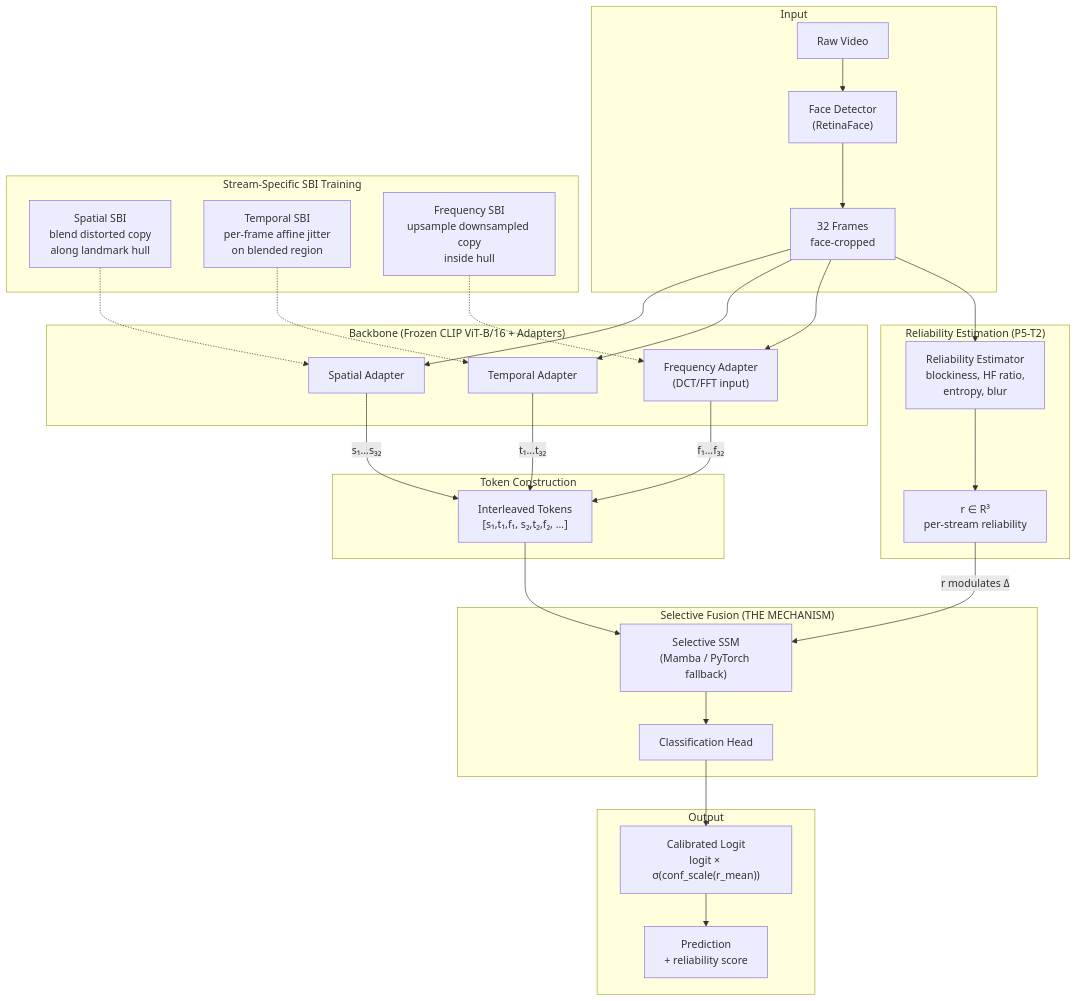
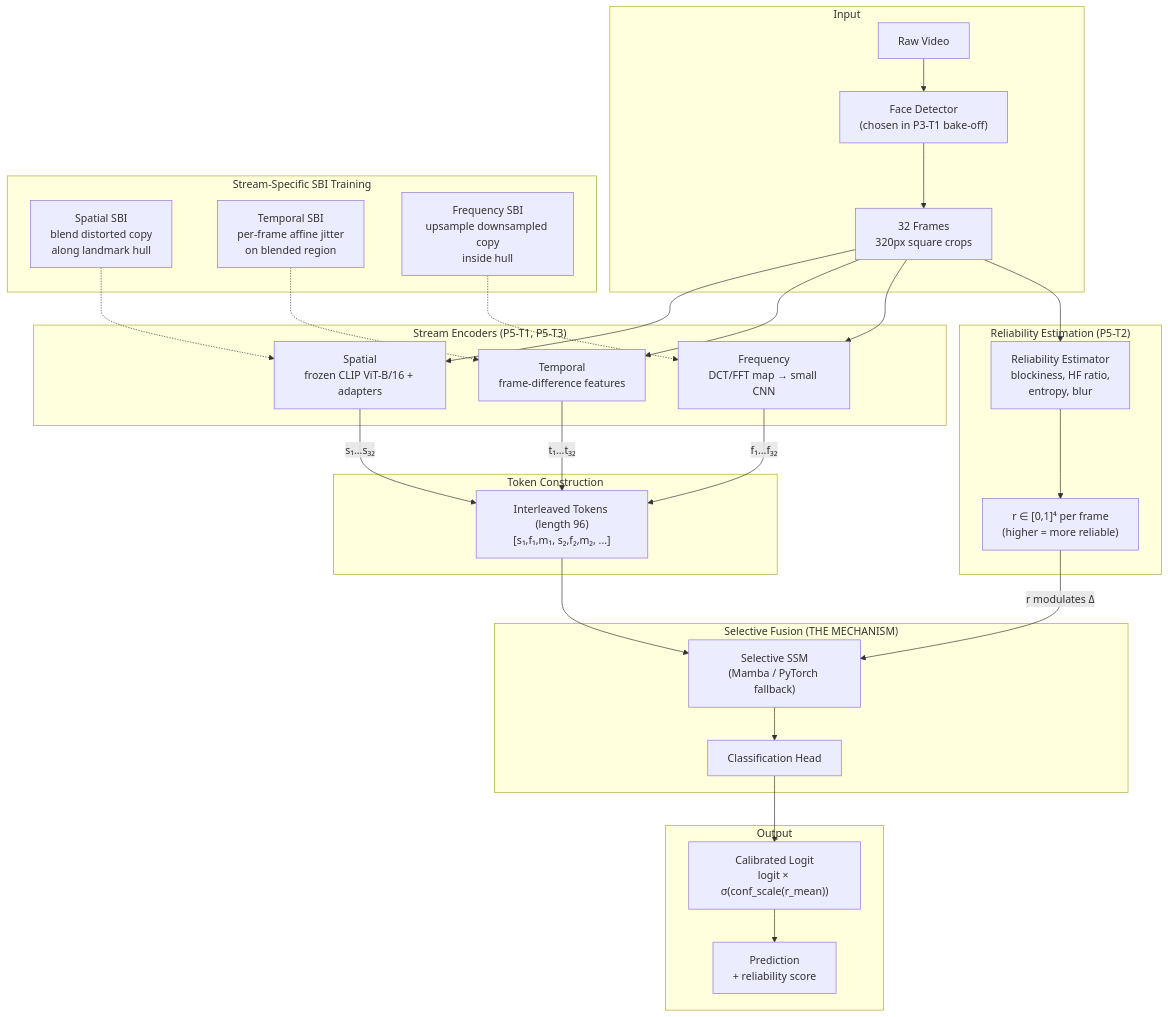
The second of 5 diagrams in docs/ARCHITECTURE.md (Lokeshm25/DeepFake_Detection_SIC), drawn with Mermaid before and after one commit. The commit also changed other lines of this file and 19 other files, not shown here.

````diff
--- a/docs/ARCHITECTURE.md
+++ b/docs/ARCHITECTURE.md
@@ -50,41 +51,41 @@
 ```mermaid
 flowchart TB
     subgraph Input
-        V[Raw Video] --> FD["Face Detector<br/>(RetinaFace)"]
-        FD --> FRAMES["32 Frames<br/>face-cropped"]
+        V[Raw Video] --> FD["Face Detector<br/>(chosen in P3-T1 bake-off)"]
+        FD --> FRAMES["32 Frames<br/>320px square crops"]
     end
 
-    subgraph "Backbone (Frozen CLIP ViT-B/16 + Adapters)"
-        FRAMES --> S_BB["Spatial Adapter"]
-        FRAMES --> T_BB["Temporal Adapter"]
-        FRAMES --> F_BB["Frequency Adapter<br/>(DCT/FFT input)"]
+    subgraph "Stream Encoders (P5-T1, P5-T3)"
+        FRAMES --> S_BB["Spatial<br/>frozen CLIP ViT-B/16 + adapters"]
+        FRAMES --> T_BB["Temporal<br/>frame-difference features"]
+        FRAMES --> F_BB["Frequency<br/>DCT/FFT map → small CNN"]
     end
 
     subgraph "Stream-Specific SBI Training"
         S_SBI["Spatial SBI<br/>blend distorted copy<br/>along landmark hull"] -.-> S_BB
         T_SBI["Temporal SBI<br/>per-frame affine jitter<br/>on blended region"] -.-> T_BB
         F_SBI["Frequency SBI<br/>upsample downsampled copy<br/>inside hull"] -.-> F_BB
     end
 
     subgraph "Reliability Estimation (P5-T2)"
         FRAMES --> RE["Reliability Estimator<br/>blockiness, HF ratio,<br/>entropy, blur"]
-        RE --> R["r ∈ R³<br/>per-stream reliability"]
+        RE --> R["r ∈ [0,1]⁴ per frame<br/>(higher = more reliable)"]
     end
 
     subgraph "Token Construction"
-        S_BB --> |"s₁...s₃₂"| TOK["Interleaved Tokens<br/>[s₁,t₁,f₁, s₂,t₂,f₂, ...]"]
+        S_BB --> |"s₁...s₃₂"| TOK["Interleaved Tokens (length 96)<br/>[s₁,f₁,m₁, s₂,f₂,m₂, ...]"]
         T_BB --> |"t₁...t₃₂"| TOK
         F_BB --> |"f₁...f₃₂"| TOK
     end
 
     subgraph "Selective Fusion (THE MECHANISM)"
         TOK --> SSM["Selective SSM<br/>(Mamba / PyTorch fallback)"]
         R --> |"r modulates Δ"| SSM
         SSM --> CLS["Classification Head"]
     end
 
     subgraph "Output"
         CLS --> LOGIT["Calibrated Logit<br/>logit × σ(conf_scale(r_mean))"]
         LOGIT --> PRED["Prediction<br/>+ reliability score"]
     end
 ```
````
